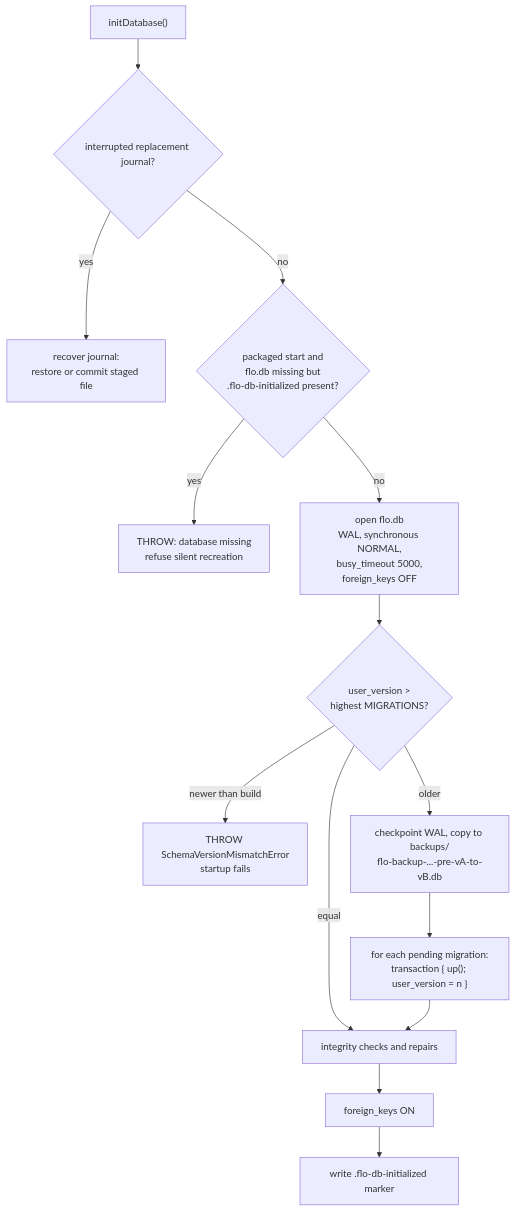
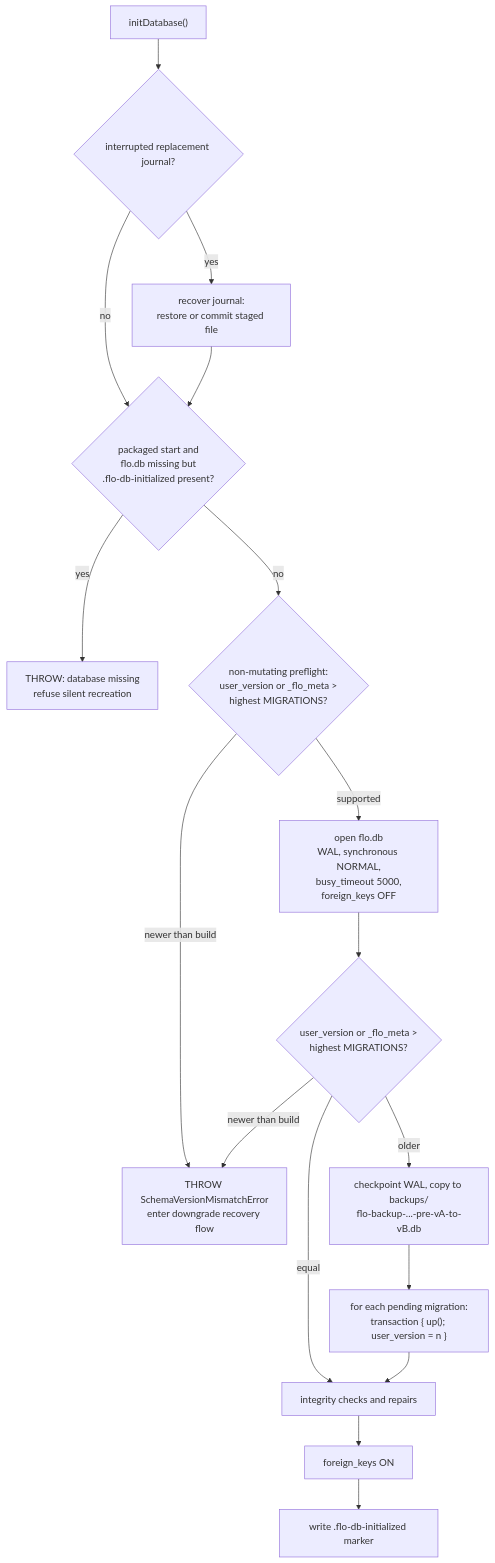
One commit to FreeOpenSourcePOS/FloCafe changed the diagram in docs/architecture/data-and-migrations.md. Above: the diagram before and after it, drawn with Mermaid. The commit also changed other lines of this file and 7 other files, not shown here.

First line of the commit message:
feat(startup): newer-database recovery flow (#1405)

````diff
--- a/docs/architecture/data-and-migrations.md
+++ b/docs/architecture/data-and-migrations.md
@@ -54,17 +54,20 @@
 ```mermaid
 flowchart TB
   A["initDatabase()"] --> B{"interrupted replacement journal?"}
   B -->|"yes"| C["recover journal:<br/>restore or commit staged file"]
   B -->|"no"| D
+  C --> D
   D{"packaged start and<br/>flo.db missing but<br/>.flo-db-initialized present?"}
   D -->|"yes"| E["THROW: database missing<br/>refuse silent recreation"]
-  D -->|"no"| F["open flo.db<br/>WAL, synchronous NORMAL,<br/>busy_timeout 5000,<br/>foreign_keys OFF"]
-  F --> G{"user_version ><br/>highest MIGRATIONS?"}
-  G -->|"newer than build"| H["THROW SchemaVersionMismatchError<br/>startup fails"]
+  D -->|"no"| P{"non-mutating preflight:<br/>user_version or _flo_meta ><br/>highest MIGRATIONS?"}
+  P -->|"newer than build"| H["THROW SchemaVersionMismatchError<br/>enter downgrade recovery flow"]
+  P -->|"supported"| F["open flo.db<br/>WAL, synchronous NORMAL,<br/>busy_timeout 5000,<br/>foreign_keys OFF"]
+  F --> G{"user_version or _flo_meta ><br/>highest MIGRATIONS?"}
+  G -->|"newer than build"| H
   G -->|"equal"| J["integrity checks and repairs"]
   G -->|"older"| I["checkpoint WAL, copy to backups/<br/>flo-backup-...-pre-vA-to-vB.db"]
   I --> K["for each pending migration:<br/>transaction { up(); user_version = n }"]
   K --> J
   J --> L["foreign_keys ON"]
   L --> M["write .flo-db-initialized marker"]
 ```
````
